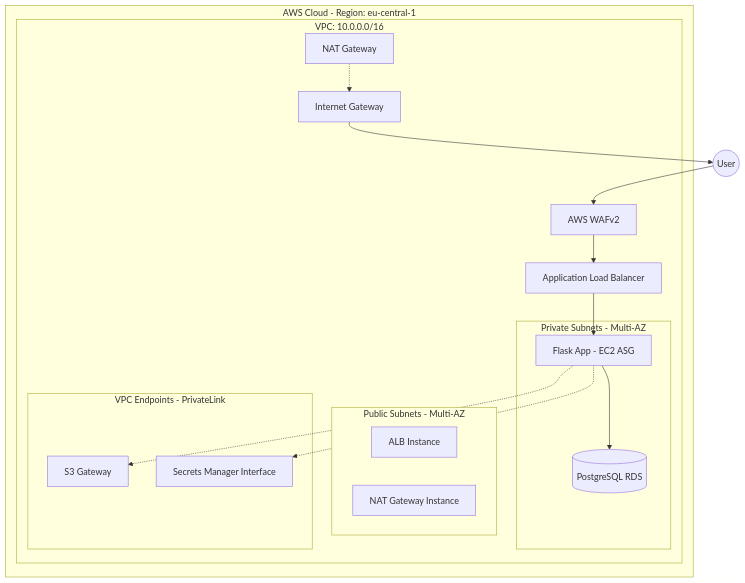
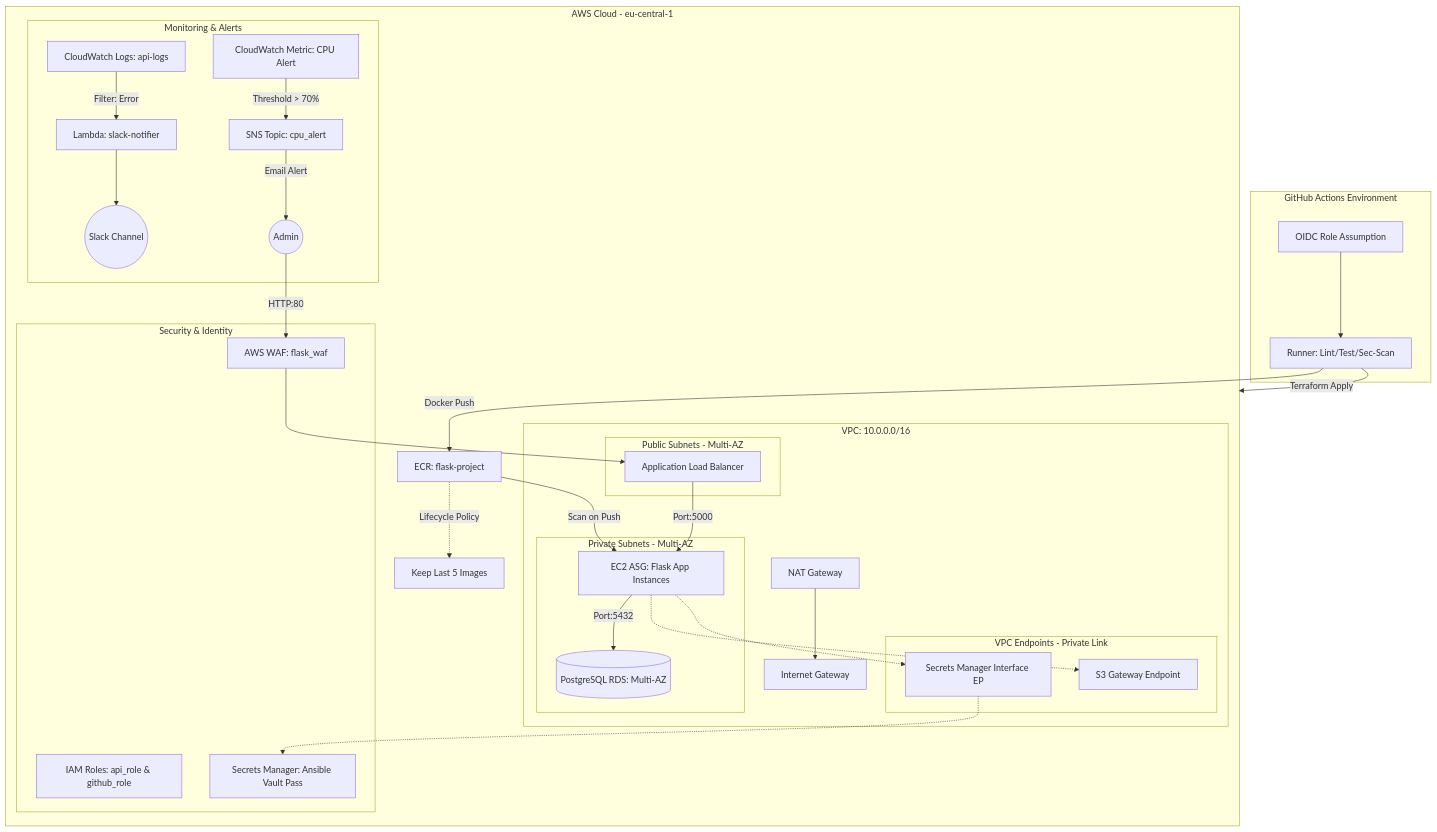
Before and after one commit to R-Kx/Aws-Fortress-Automation: the first of 3 diagrams in README.md, drawn with Mermaid.

````diff
--- a/README.md
+++ b/README.md
@@ -45,35 +45,63 @@
 ```mermaid
-graph TD
-    subgraph AWS_Cloud [AWS Cloud - Region: eu-central-1]
+graph TB
+    subgraph GitHub_Actions [GitHub Actions Environment]
+        OIDC[OIDC Role Assumption] --> Actions[Runner: Lint/Test/Sec-Scan]
+    end
+
+    subgraph AWS_Cloud [AWS Cloud - eu-central-1]
+        
+        subgraph Security_Identity [Security & Identity]
+            WAF[AWS WAF: flask_waf]
+            IAM[IAM Roles: api_role & github_role]
+            SM[Secrets Manager: Ansible Vault Pass]
+        end
+
+        subgraph Management_Monitoring [Monitoring & Alerts]
+            CW_Logs[CloudWatch Logs: api-logs]
+            CW_Metric[CloudWatch Metric: CPU Alert]
+            SNS[SNS Topic: cpu_alert]
+            Lambda[Lambda: slack-notifier]
+            Slack((Slack Channel))
+
+            CW_Logs -->|Filter: Error| Lambda
+            CW_Metric -->|Threshold > 70%| SNS
+            Lambda --> Slack
+            SNS -->|Email Alert| User((Admin))
+        end
+
         subgraph VPC [VPC: 10.0.0.0/16]
             IGW[Internet Gateway]
-            WAF[AWS WAFv2]
-            ALB[Application Load Balancer]
             NAT[NAT Gateway]
-
-            subgraph Public_Subnets [Public Subnets - Multi-AZ]
-                ALB_Node[ALB Instance]
-                NAT_Node[NAT Gateway Instance]
+            
+            subgraph Public_Zones [Public Subnets - Multi-AZ]
+                ALB[Application Load Balancer]
             end
 
-            subgraph Private_Subnets [Private Subnets - Multi-AZ]
-                Flask[Flask App - EC2 ASG]
-                RDS[(PostgreSQL RDS)]
+            subgraph Private_Zones [Private Subnets - Multi-AZ]
+                ASG[EC2 ASG: Flask App Instances]
+                RDS[(PostgreSQL RDS: Multi-AZ)]
             end
 
-            subgraph Endpoints [VPC Endpoints - PrivateLink]
-                S3_EP[S3 Gateway]
-                Secrets_EP[Secrets Manager Interface]
+            subgraph VPC_Endpoints [VPC Endpoints - Private Link]
+                S3_GW[S3 Gateway Endpoint]
+                SM_EP[Secrets Manager Interface EP]
             end
         end
+
+        ECR[ECR: flask-project] -->|Scan on Push| ASG
+        ECR -.->|Lifecycle Policy| ECR_Cleanup[Keep Last 5 Images]
     end
 
-    User((User)) --> WAF
+    %% Connections
+    Actions -->|Terraform Apply| AWS_Cloud
+    Actions -->|Docker Push| ECR
+    
+    User -->|HTTP:80| WAF
     WAF --> ALB
-    ALB --> Flask
-    Flask --> RDS
-    Flask -.-> S3_EP
-    Flask -.-> Secrets_EP
-    NAT -.-> IGW
-    IGW --> User
+    ALB -->|Port:5000| ASG
+    ASG -->|Port:5432| RDS
+    ASG -.-> S3_GW
+    ASG -.-> SM_EP
+    SM_EP -.-> SM
+    NAT --> IGW
 ```
````
